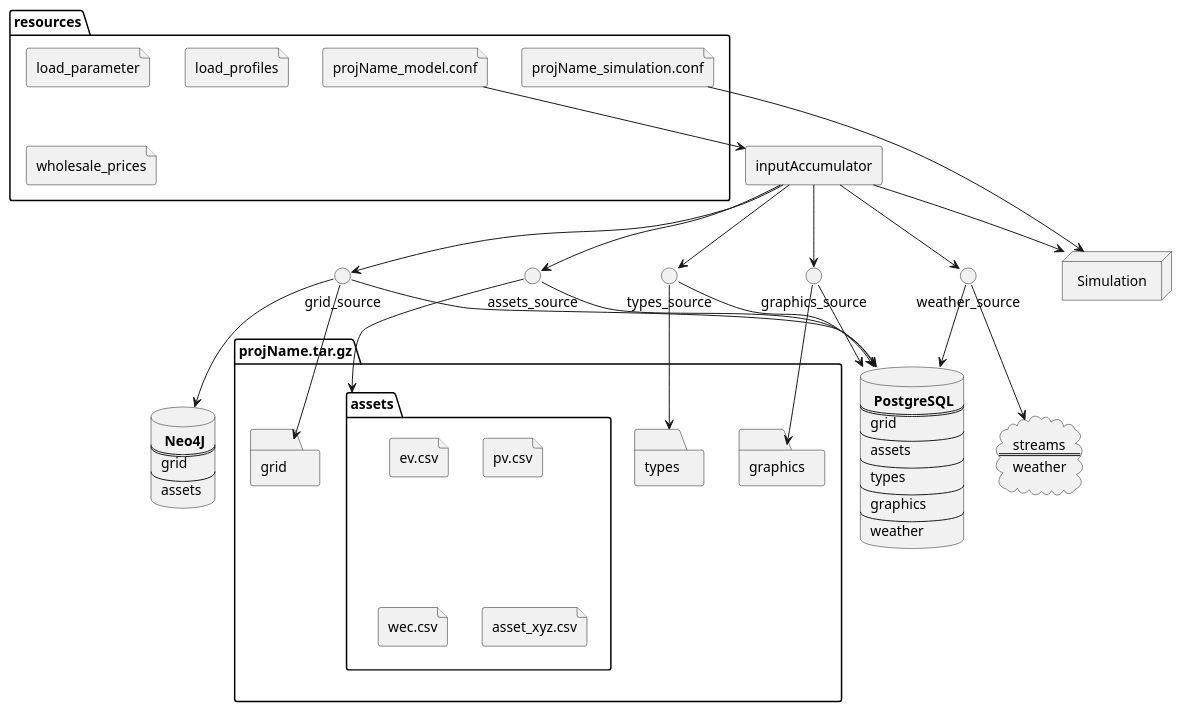
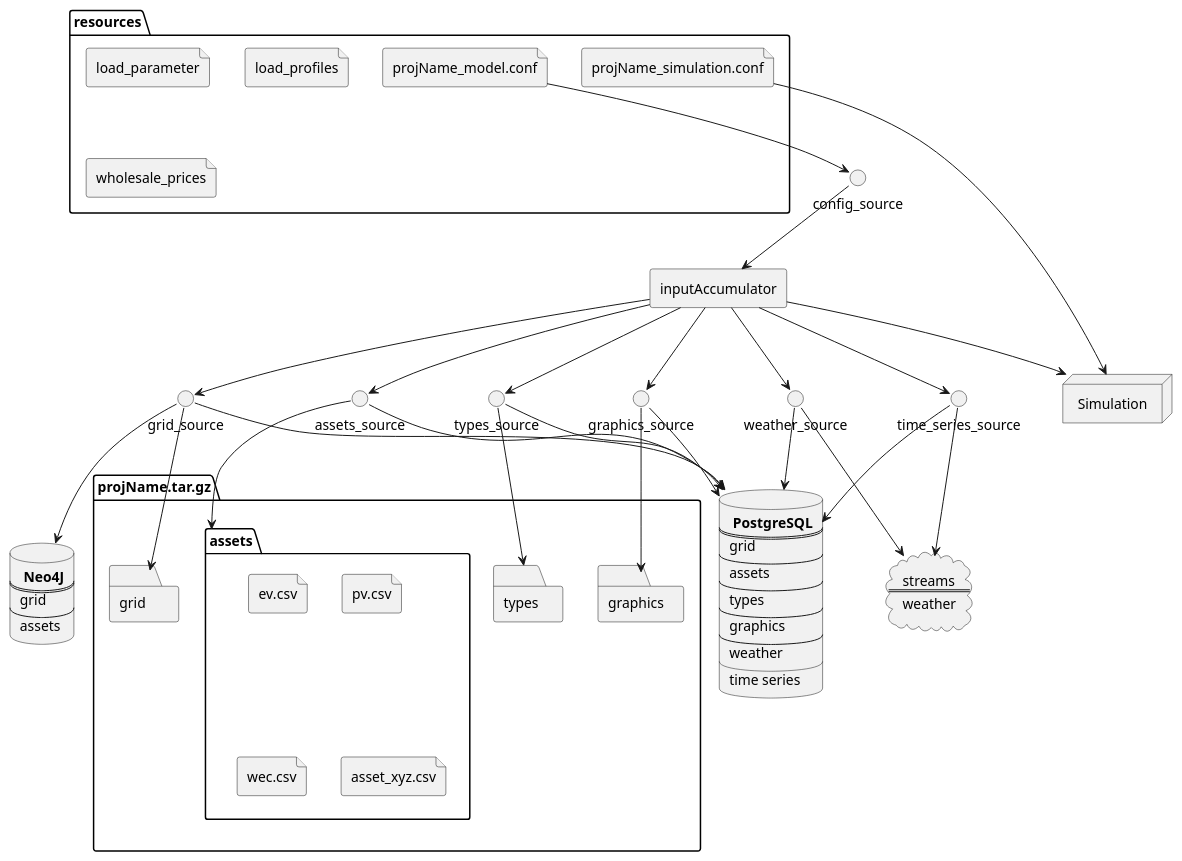
One commit to ie3-institute/PowerSystemDataModel changed the diagram in docs/uml/main/InputDataDeployment.puml. Above: the diagram before and after it, drawn with PlantUML.

Commit message:
adapted InputDataDeployment.puml based on the discussion on time series and configs

```diff
--- a/docs/uml/main/InputDataDeployment.puml
+++ b/docs/uml/main/InputDataDeployment.puml
@@ -1,81 +1,91 @@
 @startuml
 database psql [
     <b> PostgreSQL
     ==
     grid
     --
     assets
     --
     types
     --
     graphics
     --
     weather
+    __
+    time series
 ]
 database neo4j [
     <b> Neo4J
     ==
     grid
     --
     assets
 ]
 folder projName.tar.gz {
 folder assets {
 file ev.csv
 file pv.csv
 file wec.csv
 file asset_xyz.csv
 }
 folder grid
 folder types
 folder graphics
 }
 folder resources {
 file projName_model.conf
 file projName_simulation.conf
 file load_parameter
 file load_profiles
 file wholesale_prices
 }
 cloud streams [
 streams
 ==
 weather
 ]
 interface grid_source
 interface assets_source
 interface types_source
 interface graphics_source
 interface weather_source
+interface time_series_source
+interface config_source
 agent inputAccumulator
 node "Simulation"
 
 grid_source --> psql
 grid_source --> neo4j
 grid_source --> grid
 
 assets_source --> psql
 assets_source --> assets
 
 types_source --> psql
 types_source --> types
 
 graphics_source --> psql
 graphics_source --> graphics
 
 weather_source --> psql
 weather_source --> streams
 
+time_series_source --> psql
+time_series_source --> streams
+
+config_source --> inputAccumulator
+
 inputAccumulator --> grid_source
 inputAccumulator --> assets_source
 inputAccumulator --> types_source
 inputAccumulator --> graphics_source
 inputAccumulator --> weather_source
+inputAccumulator --> time_series_source
 
-projName_model.conf --> inputAccumulator
+projName_model.conf --> config_source
 
 projName_simulation.conf --> Simulation
 
 inputAccumulator --> Simulation
 
 @enduml
```
